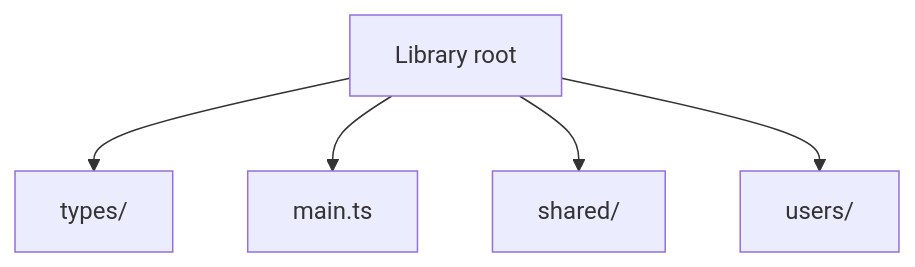
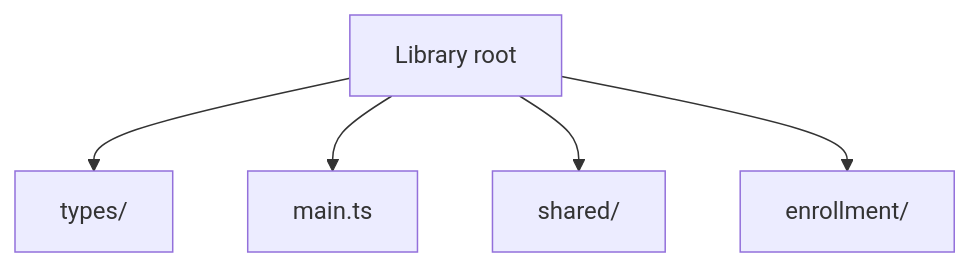
The first of 7 diagrams in docs/library-structure.md (virtualitems/tshex-cli), drawn with Mermaid before and after one commit. The commit also changed other lines of this file and 5 other files, not shown here.

````diff
--- a/docs/library-structure.md
+++ b/docs/library-structure.md
@@ -16,7 +16,7 @@
 ```mermaid
 flowchart TD
     root["Library root"] --> types["types/"]
     root --> main["main.ts"]
     root --> shared["shared/"]
-    root --> users["users/"]
+    root --> enrollment["enrollment/"]
 ```
````
